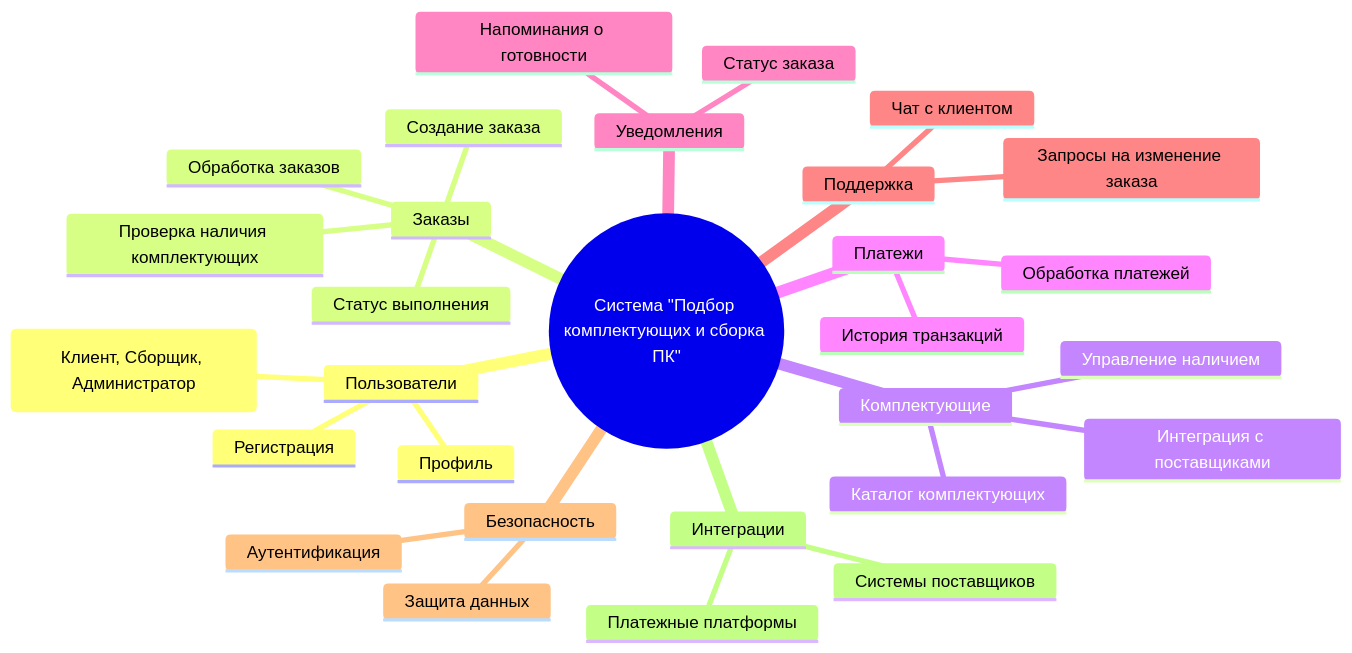
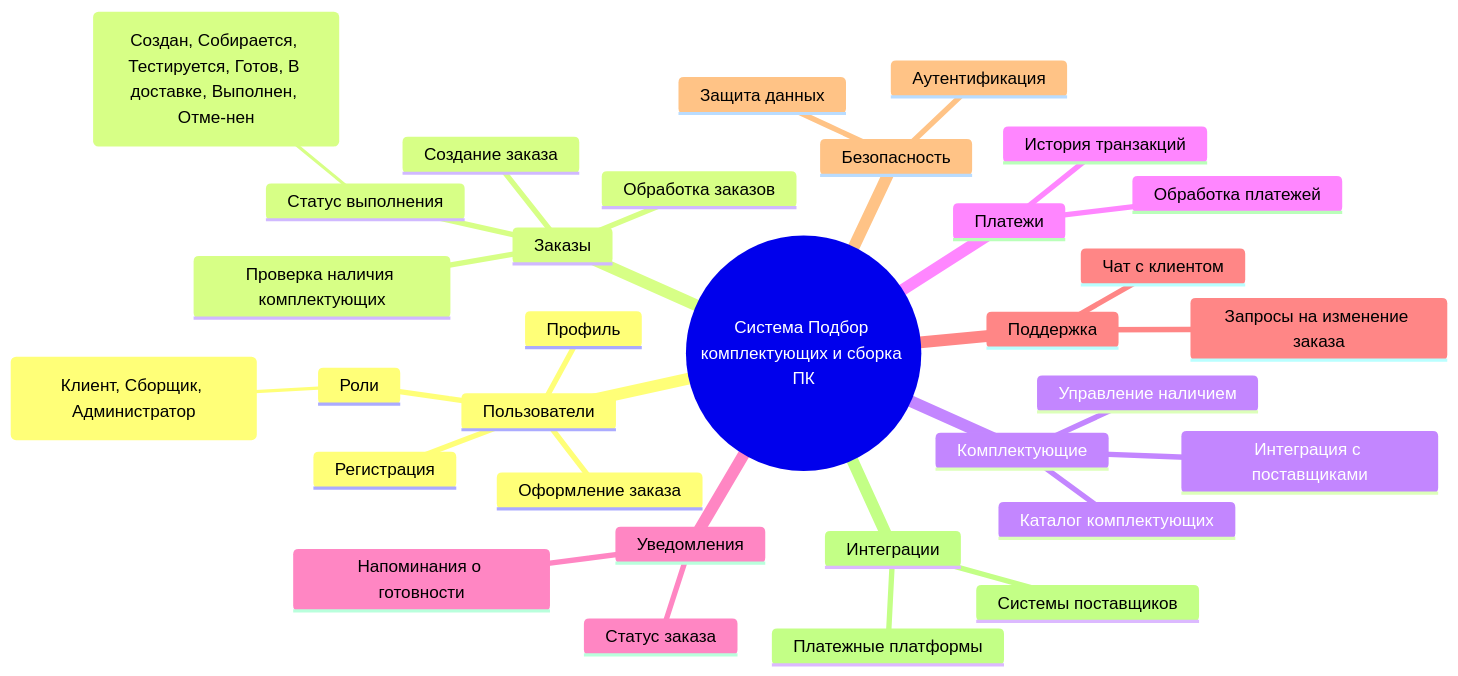
One commit to BadHard101/PKSS_PR12 changed the first of 4 diagrams in README.md. Above: the diagram before and after it, drawn with Mermaid. The commit also changed other lines of this file, not shown here.

````diff
--- a/README.md
+++ b/README.md
@@ -11,32 +11,35 @@
 ```mermaid
 mindmap
-  root((Система "Подбор комплектующих и сборка ПК"))
+  root((Система Подбор комплектующих и сборка ПК))
     Пользователи
       Регистрация
       Профиль
-      Роли (Клиент, Сборщик, Администратор)
+      Роли 
+        (Клиент, Сборщик, Администратор)
+      Оформление заказа
     Заказы
       Создание заказа
       Проверка наличия комплектующих
       Обработка заказов
-      Статус выполнения
+      Статус выполнения 
+        (Создан, Собирается, Тестируется, Готов, В доставке, Выполнен, Отме-нен)
     Комплектующие
       Каталог комплектующих
       Управление наличием
       Интеграция с поставщиками
     Платежи
       Обработка платежей
       История транзакций
     Уведомления
       Статус заказа
       Напоминания о готовности
     Поддержка
       Чат с клиентом
       Запросы на изменение заказа
     Безопасность
       Аутентификация
       Защита данных
     Интеграции
       Системы поставщиков
       Платежные платформы
 ```
````
